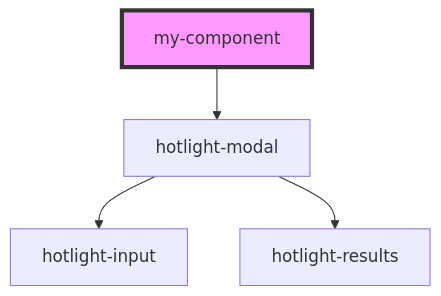
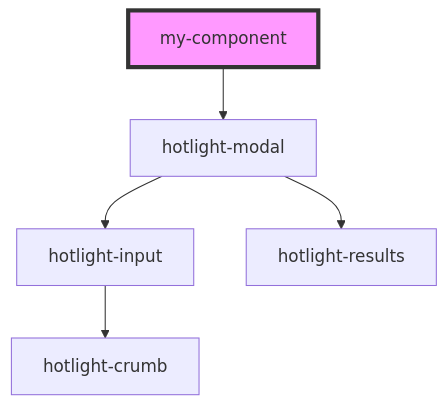
One commit to HotlightOrg/hotlight changed the diagram in packages/webcomponent/src/components/my-component/readme.md. Above: the diagram before and after it, drawn with Mermaid. The commit also changed 20 other files, not shown here.

````diff
--- a/packages/webcomponent/src/components/my-component/readme.md
+++ b/packages/webcomponent/src/components/my-component/readme.md
@@ -29,7 +29,8 @@
 ```mermaid
 graph TD;
   my-component --> hotlight-modal
   hotlight-modal --> hotlight-input
   hotlight-modal --> hotlight-results
+  hotlight-input --> hotlight-crumb
   style my-component fill:#f9f,stroke:#333,stroke-width:4px
 ```
````
